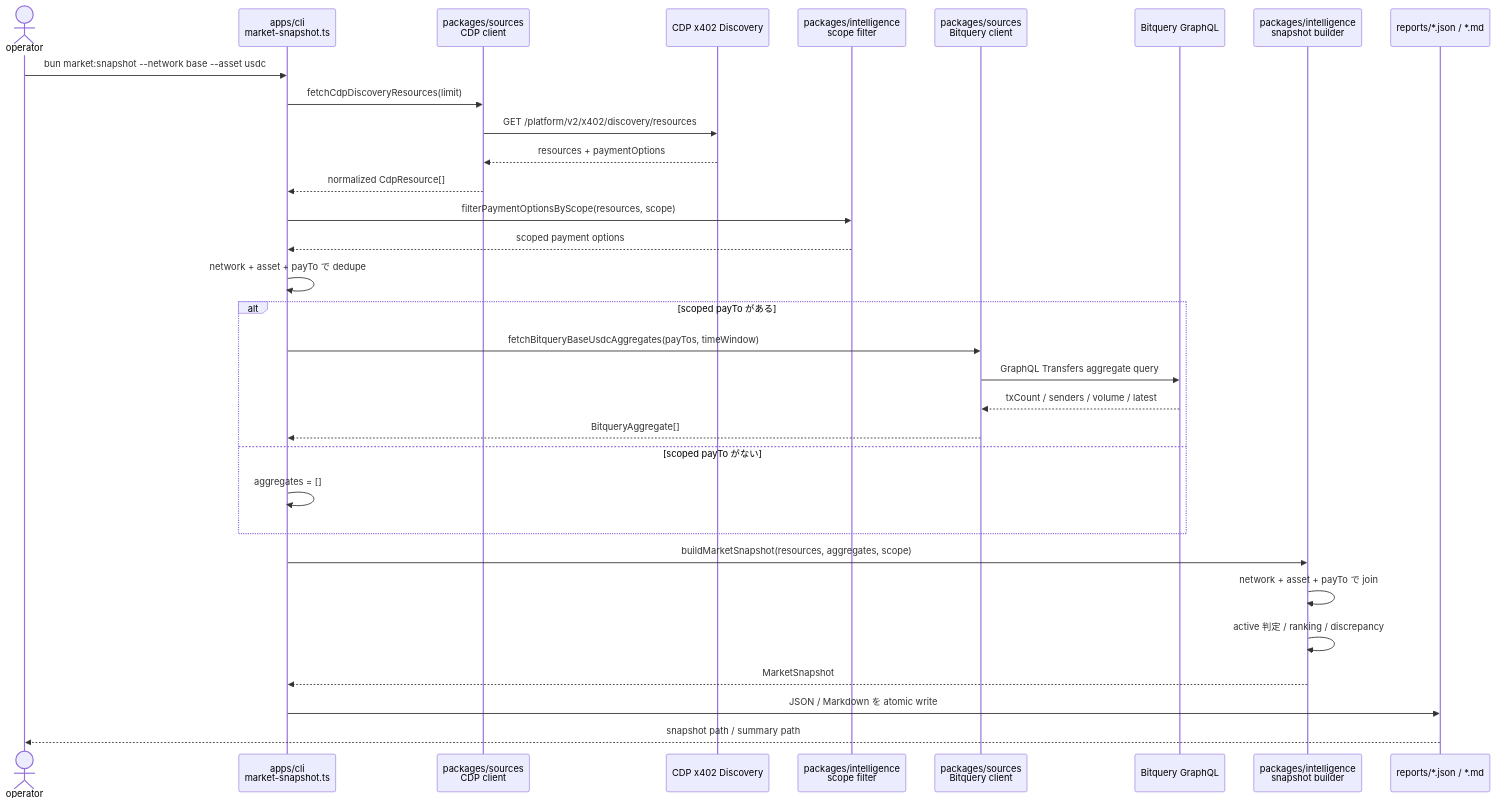
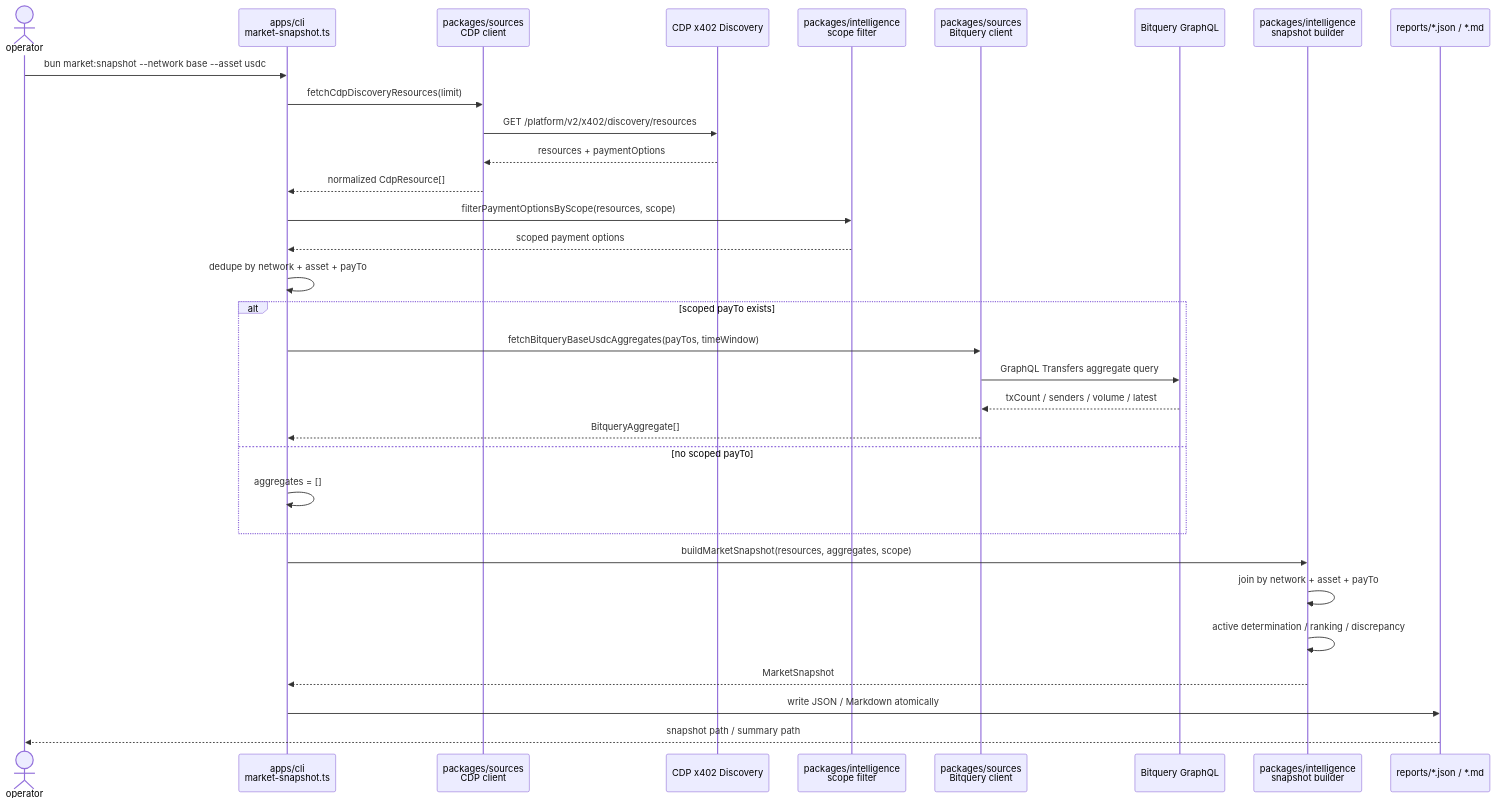
One commit to flovia/poc changed the third of 3 diagrams in apps/cli/scripts/README.md. Above: the diagram before and after it, drawn with Mermaid. The commit also changed other lines of this file and 54 other files, not shown here.

````diff
--- a/apps/cli/scripts/README.md
+++ b/apps/cli/scripts/README.md
@@ -191,38 +188,38 @@
 ```mermaid
 sequenceDiagram
     actor Operator as operator
     participant CLI as apps/cli<br/>market-snapshot.ts
     participant CDPClient as packages/sources<br/>CDP client
     participant CDP as CDP x402 Discovery
     participant Scope as packages/intelligence<br/>scope filter
     participant BQClient as packages/sources<br/>Bitquery client
     participant BQ as Bitquery GraphQL
     participant Builder as packages/intelligence<br/>snapshot builder
     participant Reports as reports/*.json / *.md
 
     Operator->>CLI: bun market:snapshot --network base --asset usdc
     CLI->>CDPClient: fetchCdpDiscoveryResources(limit)
     CDPClient->>CDP: GET /platform/v2/x402/discovery/resources
     CDP-->>CDPClient: resources + paymentOptions
     CDPClient-->>CLI: normalized CdpResource[]
 
     CLI->>Scope: filterPaymentOptionsByScope(resources, scope)
     Scope-->>CLI: scoped payment options
-    CLI->>CLI: network + asset + payTo で dedupe
+    CLI->>CLI: dedupe by network + asset + payTo
 
-    alt scoped payTo がある
+    alt scoped payTo exists
         CLI->>BQClient: fetchBitqueryBaseUsdcAggregates(payTos, timeWindow)
         BQClient->>BQ: GraphQL Transfers aggregate query
         BQ-->>BQClient: txCount / senders / volume / latest
         BQClient-->>CLI: BitqueryAggregate[]
-    else scoped payTo がない
+    else no scoped payTo
         CLI->>CLI: aggregates = []
     end
 
     CLI->>Builder: buildMarketSnapshot(resources, aggregates, scope)
-    Builder->>Builder: network + asset + payTo で join
-    Builder->>Builder: active 判定 / ranking / discrepancy
+    Builder->>Builder: join by network + asset + payTo
+    Builder->>Builder: active determination / ranking / discrepancy
     Builder-->>CLI: MarketSnapshot
-    CLI->>Reports: JSON / Markdown を atomic write
+    CLI->>Reports: write JSON / Markdown atomically
     Reports-->>Operator: snapshot path / summary path
 ```
````
